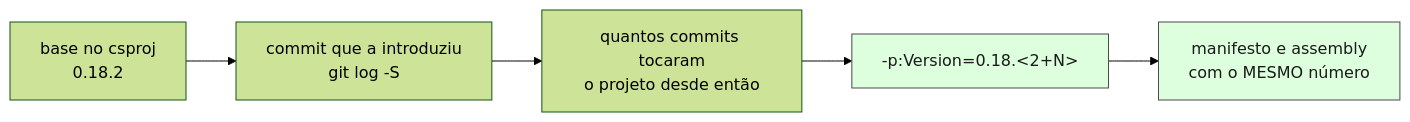
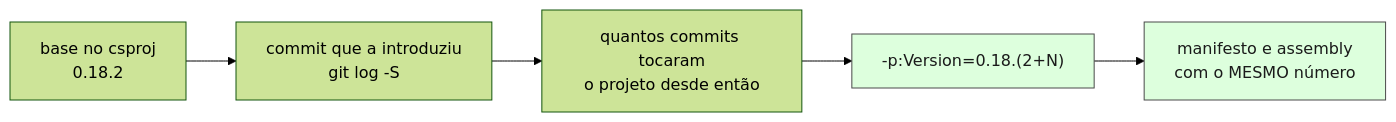
Before and after one commit to procfit/MLDemandForcastPOC: the tenth of 11 diagrams in Docs/fluxo-de-entrega.md, drawn with Mermaid (forest theme). The commit also changed other lines of this file and 3 other files, not shown here.

````diff
--- a/Docs/fluxo-de-entrega.md
+++ b/Docs/fluxo-de-entrega.md
@@ -323,10 +311,10 @@
 ```mermaid
 flowchart LR
     B["base no csproj<br/>0.18.2"] --> C["commit que a introduziu<br/>git log -S"]
     C --> N["quantos commits tocaram<br/>o projeto desde então"]
-    N --> V["-p:Version=0.18.&lt;2+N&gt;"]
+    N --> V["-p:Version=0.18.(2+N)"]
     V --> M["manifesto e assembly<br/>com o MESMO número"]
 
     style V fill:#dfd,stroke:#4a4a4a,color:#1a1a1a
     style M fill:#dfd,stroke:#4a4a4a,color:#1a1a1a
 ```
````
